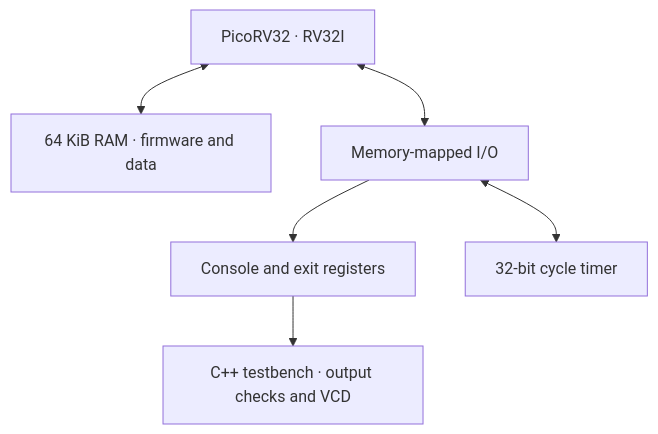
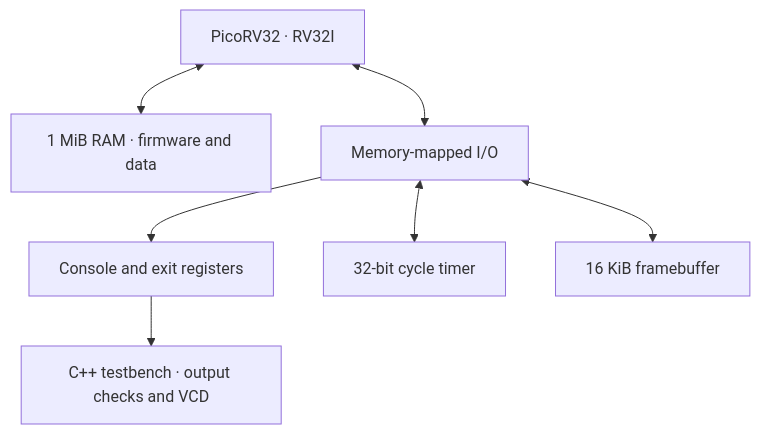
The diagram in README.md (Fereydun433/doom-riscv-fpga-lab), drawn with Mermaid before and after one commit. The commit also changed other lines of this file and 4 other files, not shown here.

````diff
--- a/README.md
+++ b/README.md
@@ -47,8 +49,9 @@
 ```mermaid
 flowchart TD
-    CPU["PicoRV32 · RV32I"] <--> RAM["64 KiB RAM · firmware and data"]
+    CPU["PicoRV32 · RV32I"] <--> RAM["1 MiB RAM · firmware and data"]
     CPU <--> MMIO["Memory-mapped I/O"]
     MMIO --> Console["Console and exit registers"]
     MMIO <--> Timer["32-bit cycle timer"]
+    MMIO <--> FB["16 KiB framebuffer"]
     Console --> TB["C++ testbench · output checks and VCD"]
 ```
````
